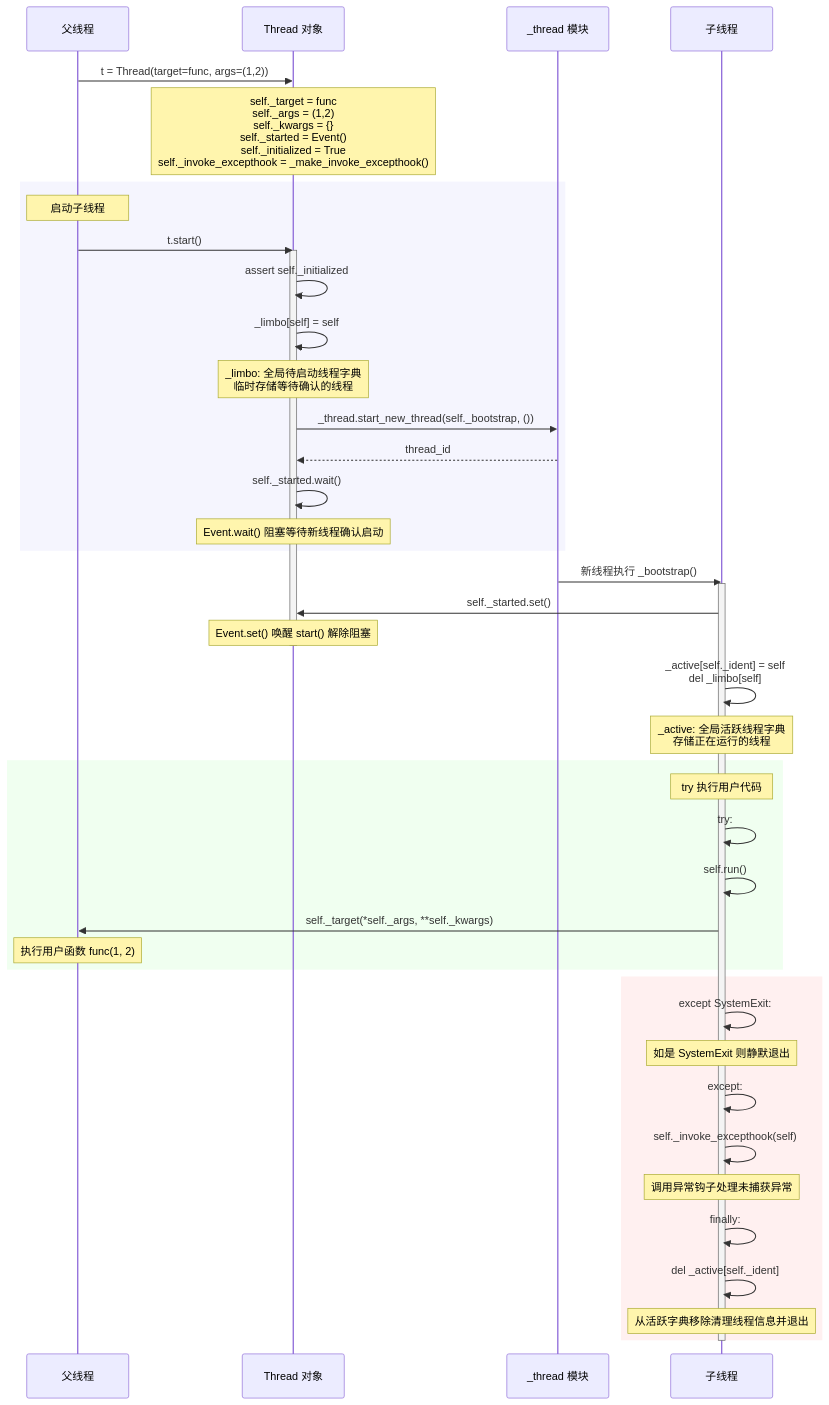
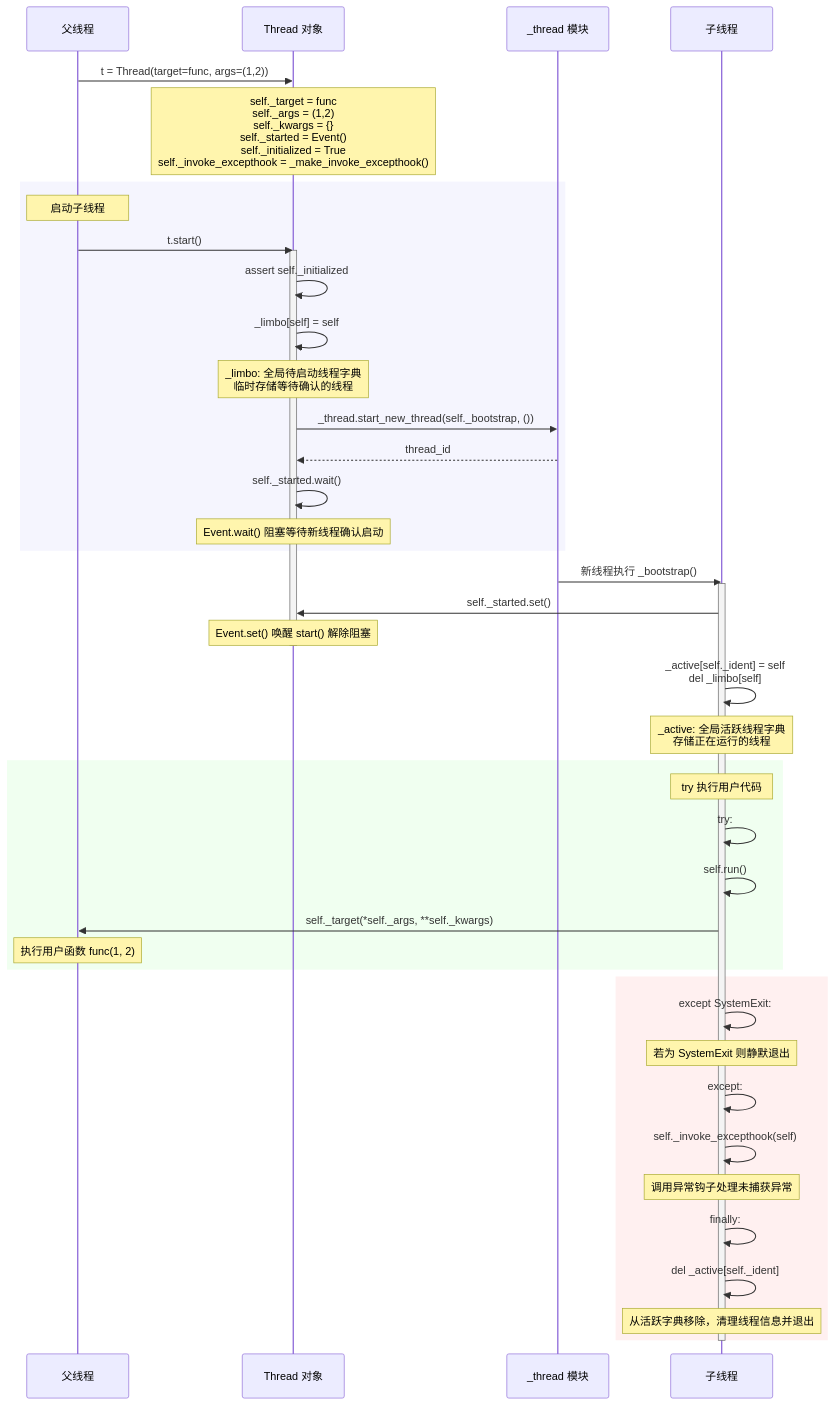
The first of 4 diagrams in thread.md (gndlwch2w/python-hows), drawn with Mermaid before and after one commit. The commit also changed other lines of this file, not shown here.

````diff
--- a/thread.md
+++ b/thread.md
@@ -16,58 +16,58 @@
 ```mermaid
 sequenceDiagram
     participant User as 父线程
     participant Thread as Thread 对象
     participant TModule as _thread 模块
     participant Bootstrap as 子线程
     
     User->>Thread:  t = Thread(target=func, args=(1,2))
     Note over Thread: self._target = func<br/>self._args = (1,2)<br/>self._kwargs = {}<br/>self._started = Event()<br/>self._initialized = True<br/>self._invoke_excepthook = _make_invoke_excepthook()
     
     rect rgb(245, 245, 254)
         Note over User: 启动子线程
         User->>Thread: t.start()
         activate Thread
 
         Thread->>Thread: assert self._initialized
         
         Thread->>Thread: _limbo[self] = self
         Note over Thread: _limbo: 全局待启动线程字典<br/>临时存储等待确认的线程
         
         Thread->>TModule: _thread.start_new_thread(self._bootstrap, ())
         TModule-->>Thread: thread_id
         
         Thread->>Thread:  self._started.wait()
         Note over Thread: Event.wait() 阻塞等待新线程确认启动
     end
     
     TModule->>Bootstrap:  新线程执行 _bootstrap()
     activate Bootstrap
 
     Bootstrap->>Thread: self._started.set()
     Note over Thread: Event.set() 唤醒 start() 解除阻塞
     deactivate Thread
     
     Bootstrap->>Bootstrap: _active[self._ident] = self<br/>del _limbo[self]
     Note over Bootstrap: _active: 全局活跃线程字典<br/>存储正在运行的线程
     
     rect rgb(240, 255, 240)
         Note over Bootstrap: try 执行用户代码
         Bootstrap->>Bootstrap: try: 
         Bootstrap->>Bootstrap: self.run()
         Bootstrap->>User: self._target(*self._args, **self._kwargs)
         Note over User: 执行用户函数 func(1, 2)
     end
     
     rect rgb(255, 240, 240)
         Bootstrap->>Bootstrap: except SystemExit:
-        Note over Bootstrap: 如是 SystemExit 则静默退出
+        Note over Bootstrap: 若为 SystemExit 则静默退出
         Bootstrap->>Bootstrap: except: 
         Bootstrap->>Bootstrap: self._invoke_excepthook(self)
         Note over Bootstrap: 调用异常钩子处理未捕获异常
         Bootstrap->>Bootstrap: finally: 
         Bootstrap->>Bootstrap: del _active[self._ident]
-        Note over Bootstrap: 从活跃字典移除清理线程信息并退出
+        Note over Bootstrap: 从活跃字典移除，清理线程信息并退出
     end
     
     deactivate Bootstrap
 ```
````
